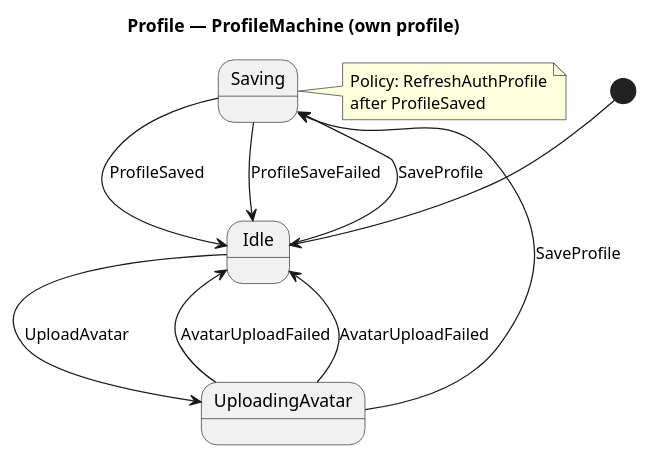
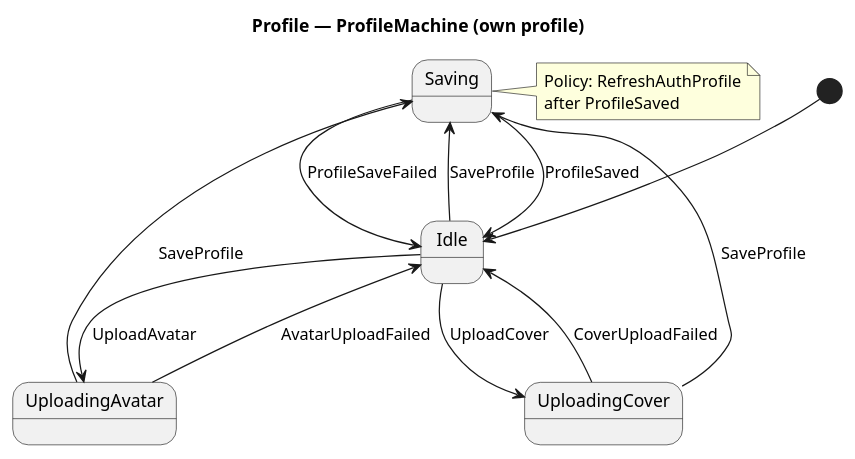
Before and after one commit to alfred-im/alfred-im: the diagram in docs/model/uml/profile/profile-edit-state.puml, drawn with PlantUML. The commit also changed 26 other files, not shown here.

First line of the commit message:
feat(profile): add cover image support across account surfaces

```diff
--- a/docs/model/uml/profile/profile-edit-state.puml
+++ b/docs/model/uml/profile/profile-edit-state.puml
@@ -1,28 +1,32 @@
 @startuml profile-edit-state
 ' Context: profile
 ' SDD: PROM-PROFILE-IDENTITY
-' Revision: 2026-07-19
+' Revision: 2026-08-06
 
 title Profile — ProfileMachine (own profile)
 
 state Idle
 state Saving
 state UploadingAvatar
+state UploadingCover
 
 [*] --> Idle
 
 Idle --> Saving : SaveProfile
 Saving --> Idle : ProfileSaved
 Saving --> Idle : ProfileSaveFailed
 
 Idle --> UploadingAvatar : UploadAvatar
 UploadingAvatar --> Saving : SaveProfile
 UploadingAvatar --> Idle : AvatarUploadFailed
-UploadingAvatar --> Idle : AvatarUploadFailed
+
+Idle --> UploadingCover : UploadCover
+UploadingCover --> Saving : SaveProfile
+UploadingCover --> Idle : CoverUploadFailed
 
 note right of Saving
   Policy: RefreshAuthProfile
   after ProfileSaved
 end note
 
 @enduml
```
